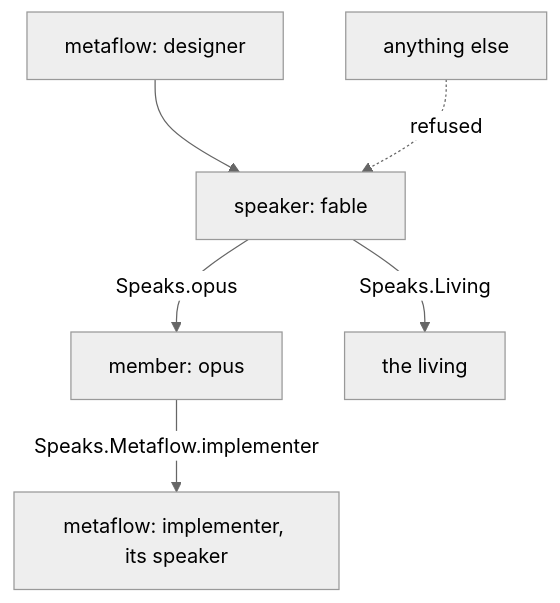
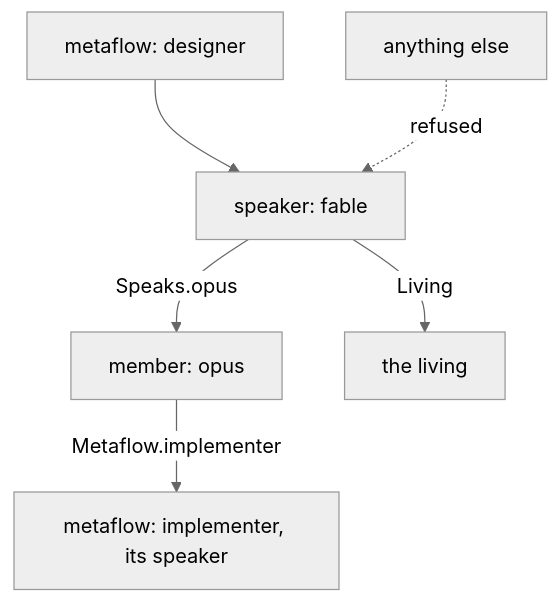
Before and after one commit to LiGoldragon/psyche-belief: the first of 6 diagrams in vision/flow-nexus-v1.md, drawn with Mermaid (neutral theme). The commit also changed other lines of this file and 2 other files, not shown here.

````diff
--- a/vision/flow-nexus-v1.md
+++ b/vision/flow-nexus-v1.md
@@ -65,8 +65,8 @@
 ```mermaid
 flowchart TB
     c["metaflow: designer"] --> s["speaker: fable"]
     s -- "Speaks.opus" --> o["member: opus"]
-    o -- "Speaks.Metaflow.implementer" --> i["metaflow: implementer, its speaker"]
-    s -- "Speaks.Living" --> l["the living"]
+    o -- "Metaflow.implementer" --> i["metaflow: implementer, its speaker"]
+    s -- "Living" --> l["the living"]
     x["anything else"] -. "refused" .-> s
 ```
````
